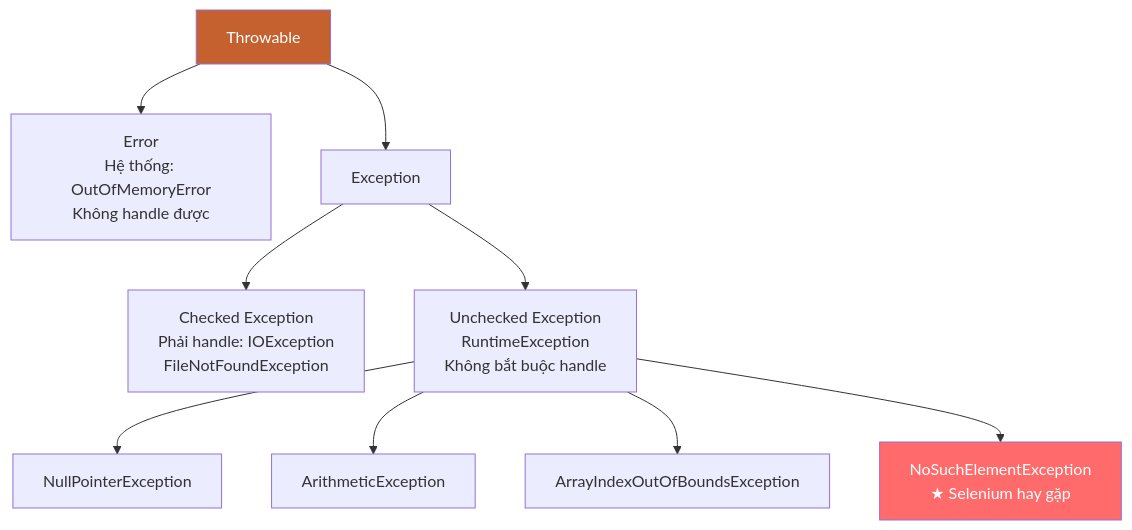
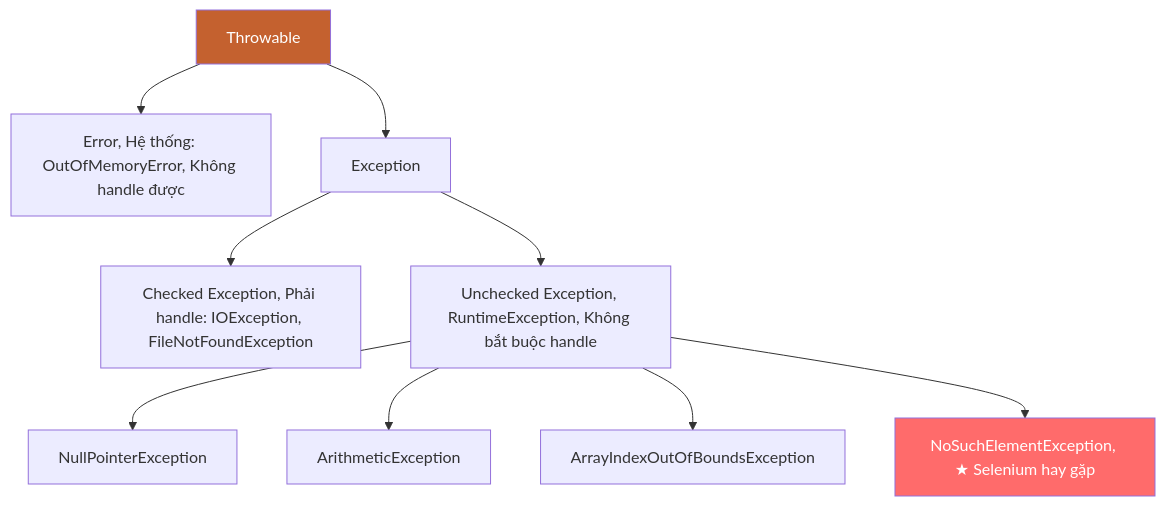
One commit to namnd0806/automation-testing-cource changed the fourth of 4 diagrams in 02-java-refresher.md. Above: the diagram before and after it, drawn with Mermaid. The commit also changed other lines of this file and 4 other files, not shown here.

First line of the commit message:
Fix: Sửa tất cả sơ đồ Mermaid lỗi format

````diff
--- a/02-java-refresher.md
+++ b/02-java-refresher.md
@@ -522,20 +519,20 @@
 ```mermaid
 graph TD
     A[Throwable]
     
-    A --> B[Error<br/>Hệ thống: OutOfMemoryError<br/>Không handle được]
+    A --> B[Error, Hệ thống: OutOfMemoryError, Không handle được]
     
     A --> C[Exception]
     
-    C --> D[Checked Exception<br/>Phải handle: IOException<br/>FileNotFoundException]
+    C --> D[Checked Exception, Phải handle: IOException, FileNotFoundException]
     
-    C --> E[Unchecked Exception<br/>RuntimeException<br/>Không bắt buộc handle]
+    C --> E[Unchecked Exception, RuntimeException, Không bắt buộc handle]
     
     E --> F[NullPointerException]
     E --> G[ArithmeticException]
     E --> H[ArrayIndexOutOfBoundsException]
-    E --> I[NoSuchElementException<br/>★ Selenium hay gặp]
+    E --> I[NoSuchElementException, ★ Selenium hay gặp]
     
     style A fill:#C4612F,color:#fff
     style I fill:#FF6B6B,color:#fff
 ```
````
